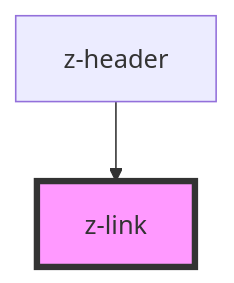
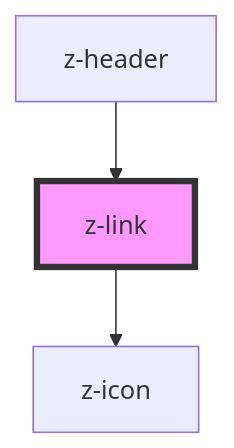
One commit to ZanichelliEditore/design-system changed the diagram in web-components-library/src/components/z-link/readme.md. Above: the diagram before and after it, drawn with Mermaid. The commit also changed other lines of this file and 21 other files, not shown here.

````diff
--- a/web-components-library/src/components/z-link/readme.md
+++ b/web-components-library/src/components/z-link/readme.md
@@ -35,5 +39,6 @@
 ```mermaid
 graph TD;
+  z-link --> z-icon
   z-header --> z-link
   style z-link fill:#f9f,stroke:#333,stroke-width:4px
 ```
````
